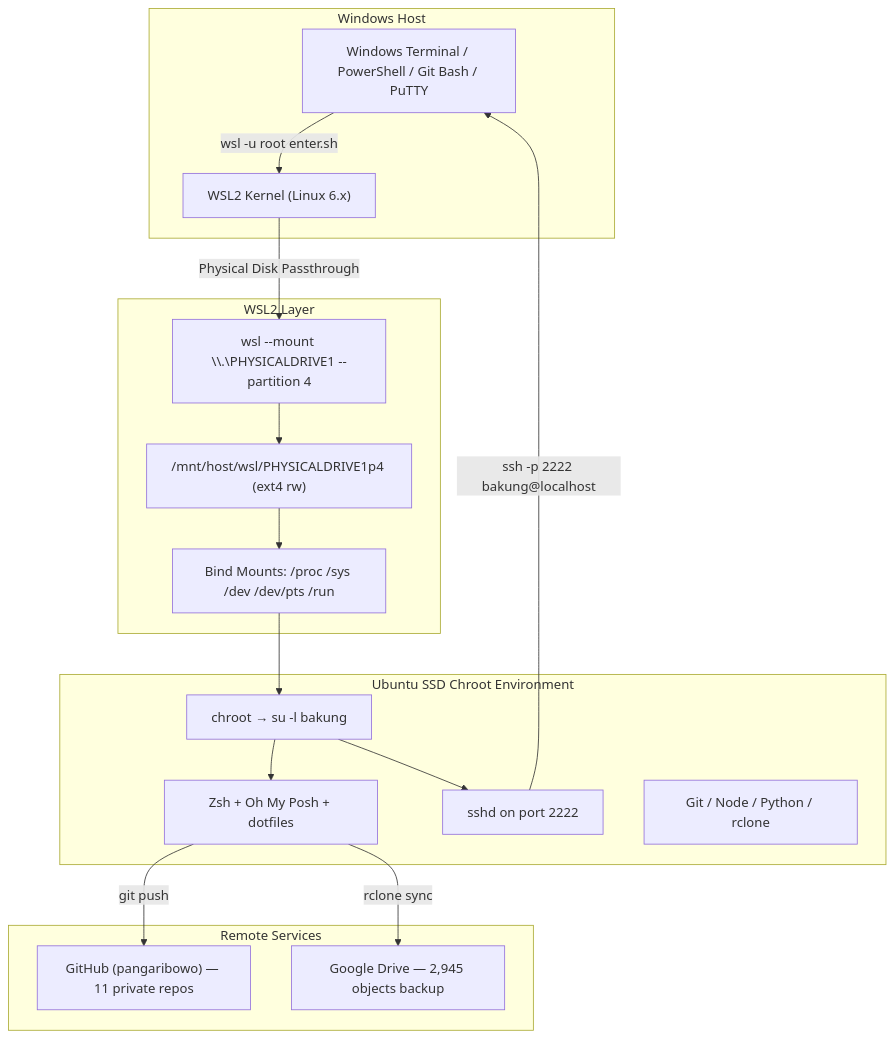
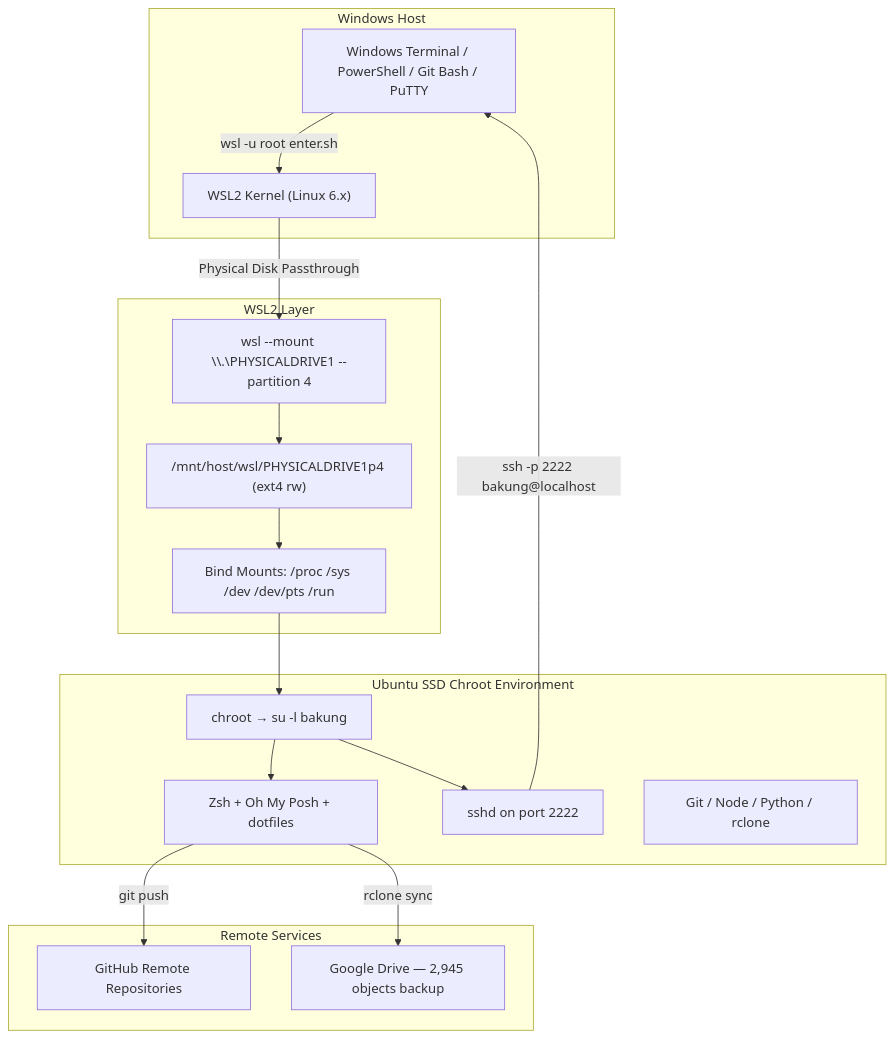
One commit to pangaribowo/ubuntu-ssd-rescue-ops changed the diagram in README.md. Above: the diagram before and after it, drawn with Mermaid. The commit also changed other lines of this file and 1 other file, not shown here.

First line of the commit message:
🔒 fix(security): Purge private repository list and sanitize names

````diff
--- a/README.md
+++ b/README.md
@@ -56,36 +55,36 @@
 ```mermaid
 graph TD
     subgraph "Windows Host"
         A["Windows Terminal / PowerShell / Git Bash / PuTTY"]
         B["WSL2 Kernel (Linux 6.x)"]
     end
 
     subgraph "WSL2 Layer"
         C["wsl --mount \\.\PHYSICALDRIVE1 --partition 4"]
         D["/mnt/host/wsl/PHYSICALDRIVE1p4 (ext4 rw)"]
         E["Bind Mounts: /proc /sys /dev /dev/pts /run"]
     end
 
     subgraph "Ubuntu SSD Chroot Environment"
         F["chroot → su -l bakung"]
         G["Zsh + Oh My Posh + dotfiles"]
         H["sshd on port 2222"]
         I["Git / Node / Python / rclone"]
     end
 
     subgraph "Remote Services"
-        J["GitHub (pangaribowo) — 11 private repos"]
+        J["GitHub Remote Repositories"]
         K["Google Drive — 2,945 objects backup"]
     end
 
     A -->|"wsl -u root enter.sh"| B
     B -->|"Physical Disk Passthrough"| C
     C --> D
     D --> E
     E --> F
     F --> G
     F --> H
     H -->|"ssh -p 2222 bakung@localhost"| A
     G -->|"git push"| J
     G -->|"rclone sync"| K
 ```
````
